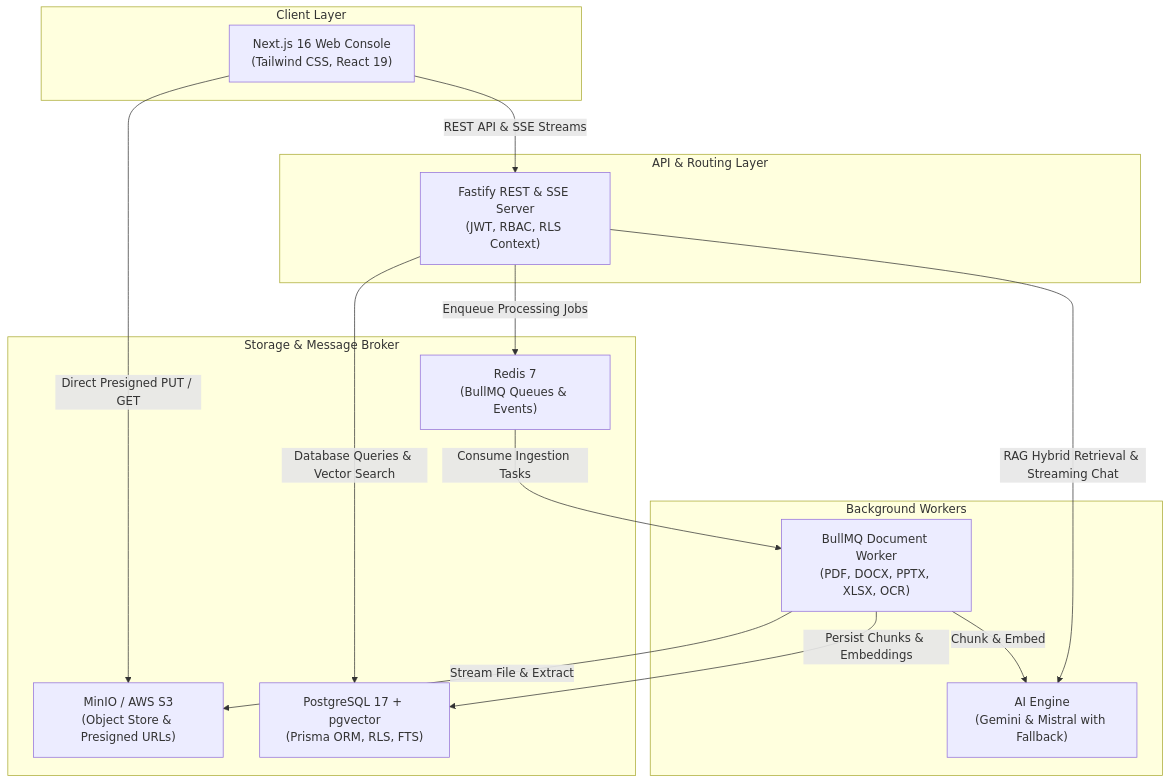
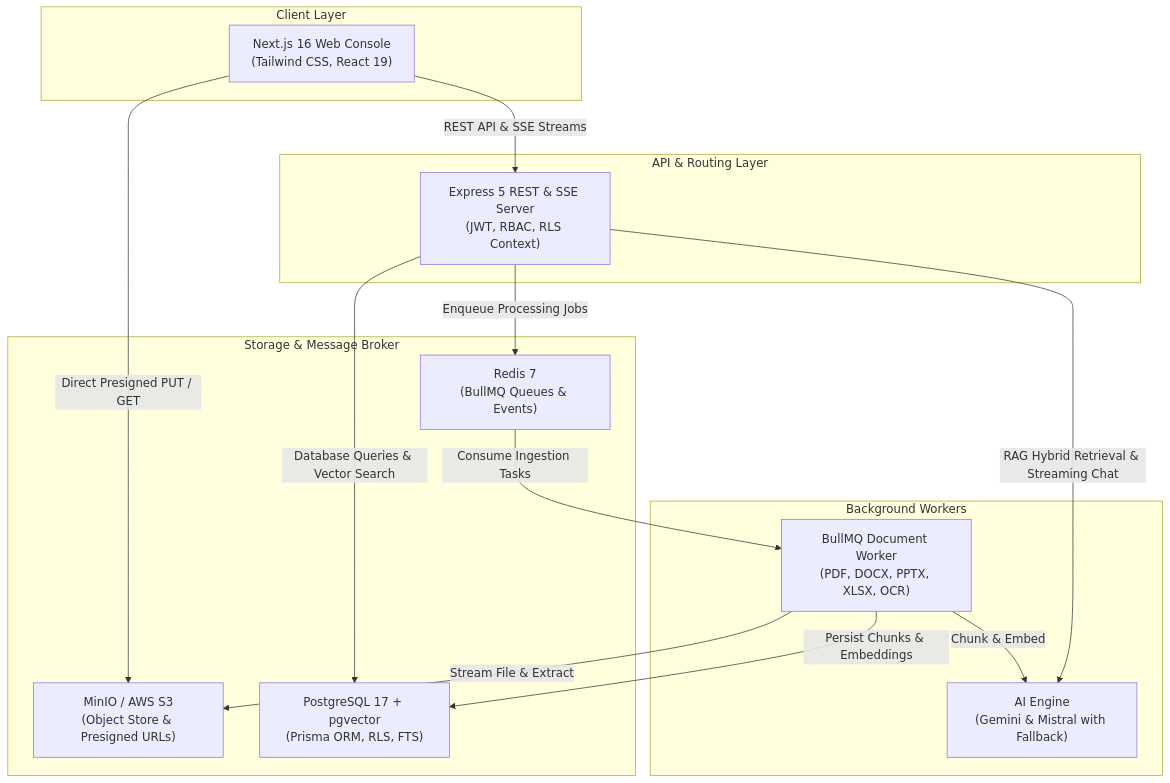
The diagram in README.md (Nihir-Soni/CORE), drawn with Mermaid before and after one commit. The commit also changed other lines of this file and 10 other files, not shown here.

````diff
--- a/README.md
+++ b/README.md
@@ -11,31 +11,31 @@
 ```mermaid
 flowchart TD
     subgraph Client ["Client Layer"]
         Web["Next.js 16 Web Console<br/>(Tailwind CSS, React 19)"]
     end
 
     subgraph API ["API & Routing Layer"]
-        Fastify["Fastify REST & SSE Server<br/>(JWT, RBAC, RLS Context)"]
+        Express["Express 5 REST & SSE Server<br/>(JWT, RBAC, RLS Context)"]
     end
 
     subgraph StorageInfra ["Storage & Message Broker"]
         MinIO["MinIO / AWS S3<br/>(Object Store & Presigned URLs)"]
         Redis["Redis 7<br/>(BullMQ Queues & Events)"]
         Postgres["PostgreSQL 17 + pgvector<br/>(Prisma ORM, RLS, FTS)"]
     end
 
     subgraph Processing ["Background Workers"]
         Worker["BullMQ Document Worker<br/>(PDF, DOCX, PPTX, XLSX, OCR)"]
         AI["AI Engine<br/>(Gemini & Mistral with Fallback)"]
     end
 
     Web -->|"Direct Presigned PUT / GET"| MinIO
-    Web -->|"REST API & SSE Streams"| Fastify
-    Fastify -->|"Database Queries & Vector Search"| Postgres
-    Fastify -->|"Enqueue Processing Jobs"| Redis
+    Web -->|"REST API & SSE Streams"| Express
+    Express -->|"Database Queries & Vector Search"| Postgres
+    Express -->|"Enqueue Processing Jobs"| Redis
     Redis -->|"Consume Ingestion Tasks"| Worker
     Worker -->|"Stream File & Extract"| MinIO
     Worker -->|"Chunk & Embed"| AI
     Worker -->|"Persist Chunks & Embeddings"| Postgres
-    Fastify -->|"RAG Hybrid Retrieval & Streaming Chat"| AI
+    Express -->|"RAG Hybrid Retrieval & Streaming Chat"| AI
 ```
````
